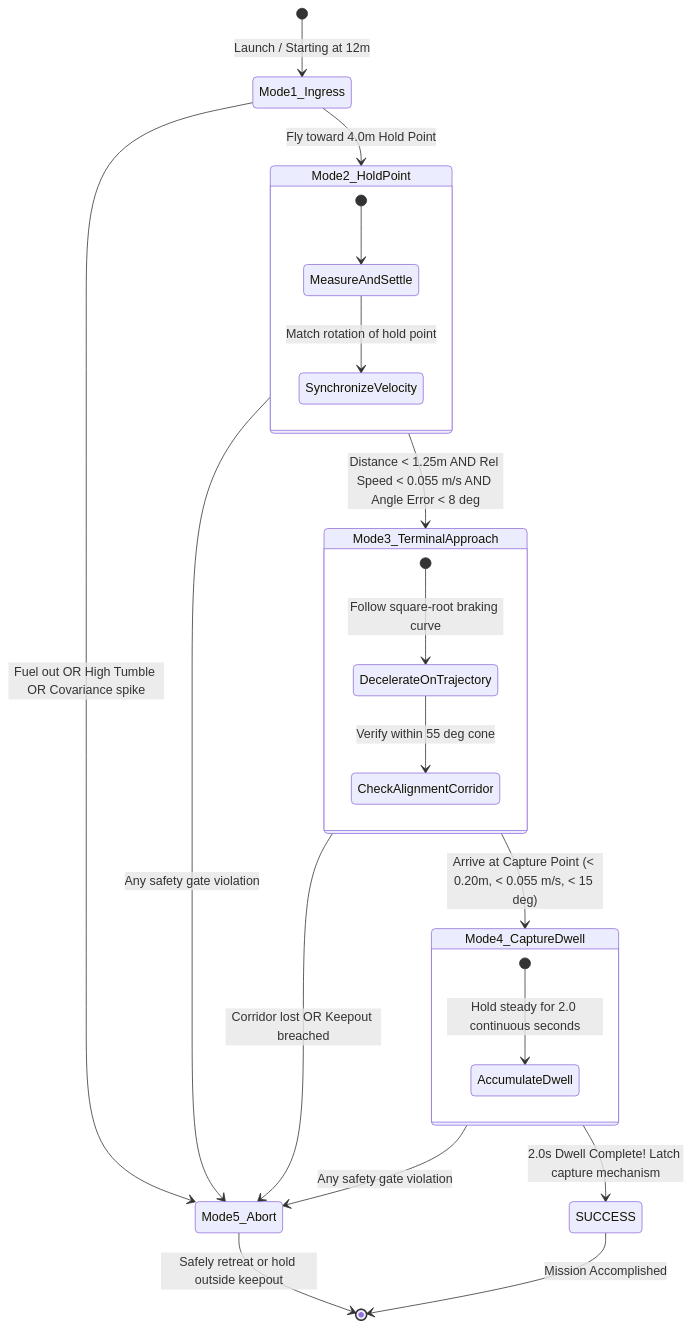
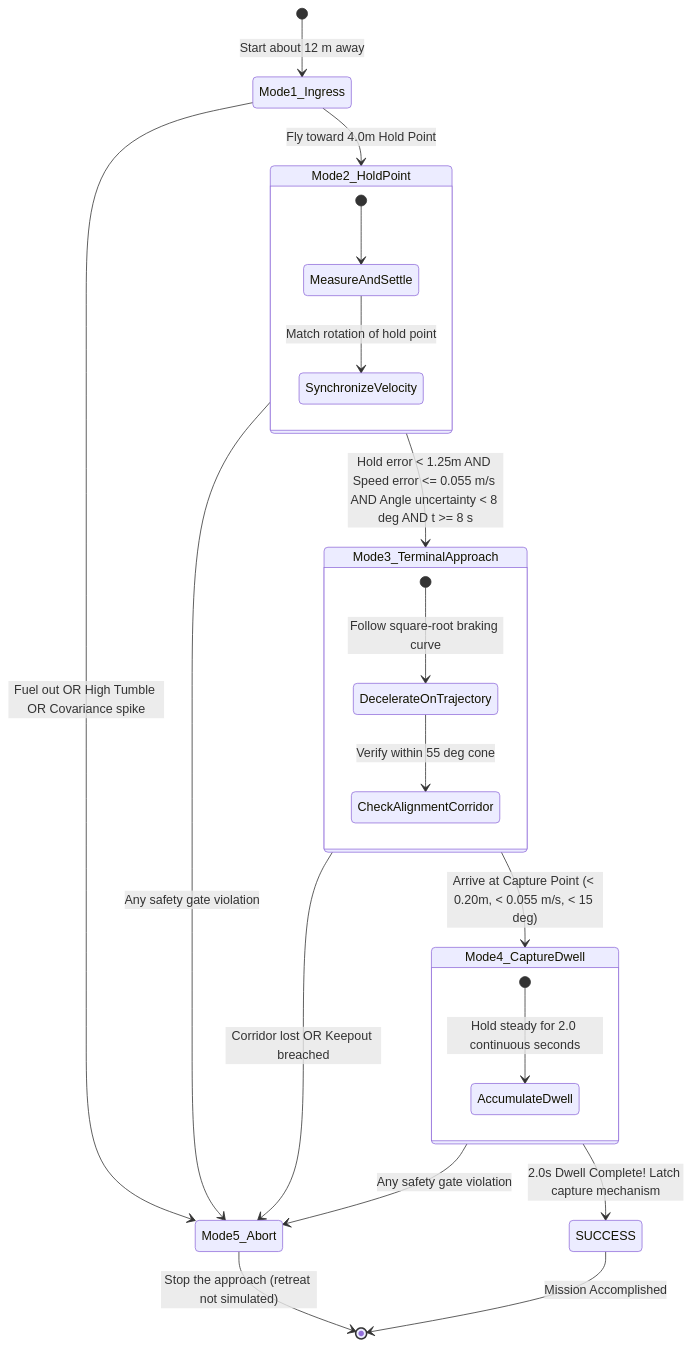
Before and after one commit to Siddharthpatni/Orbit_Observers: the second of 2 diagrams in docs/SYSTEM_ARCHITECTURE.md, drawn with Mermaid. The commit also changed other lines of this file and 49 other files, not shown here.

````diff
--- a/docs/SYSTEM_ARCHITECTURE.md
+++ b/docs/SYSTEM_ARCHITECTURE.md
@@ -104,34 +105,34 @@
 ```mermaid
 stateDiagram-v2
-    [*] --> Mode1_Ingress: Launch / Starting at 12m
+    [*] --> Mode1_Ingress: Start about 12 m away
     
     Mode1_Ingress --> Mode2_HoldPoint: Fly toward 4.0m Hold Point
     
     state Mode2_HoldPoint {
         [*] --> MeasureAndSettle
         MeasureAndSettle --> SynchronizeVelocity: Match rotation of hold point
     }
     
-    Mode2_HoldPoint --> Mode3_TerminalApproach: Distance < 1.25m AND Rel Speed < 0.055 m/s AND Angle Error < 8 deg
+    Mode2_HoldPoint --> Mode3_TerminalApproach: Hold error < 1.25m AND Speed error <= 0.055 m/s AND Angle uncertainty < 8 deg AND t >= 8 s
     
     state Mode3_TerminalApproach {
         [*] --> DecelerateOnTrajectory: Follow square-root braking curve
         DecelerateOnTrajectory --> CheckAlignmentCorridor: Verify within 55 deg cone
     }
     
     Mode3_TerminalApproach --> Mode4_CaptureDwell: Arrive at Capture Point (< 0.20m, < 0.055 m/s, < 15 deg)
     
     state Mode4_CaptureDwell {
         [*] --> AccumulateDwell: Hold steady for 2.0 continuous seconds
     }
     
     Mode4_CaptureDwell --> SUCCESS: 2.0s Dwell Complete! Latch capture mechanism
     
     Mode1_Ingress --> Mode5_Abort: Fuel out OR High Tumble OR Covariance spike
     Mode2_HoldPoint --> Mode5_Abort: Any safety gate violation
     Mode3_TerminalApproach --> Mode5_Abort: Corridor lost OR Keepout breached
     Mode4_CaptureDwell --> Mode5_Abort: Any safety gate violation
     
-    Mode5_Abort --> [*]: Safely retreat or hold outside keepout
+    Mode5_Abort --> [*]: Stop the approach (retreat not simulated)
     SUCCESS --> [*]: Mission Accomplished
 ```
````
